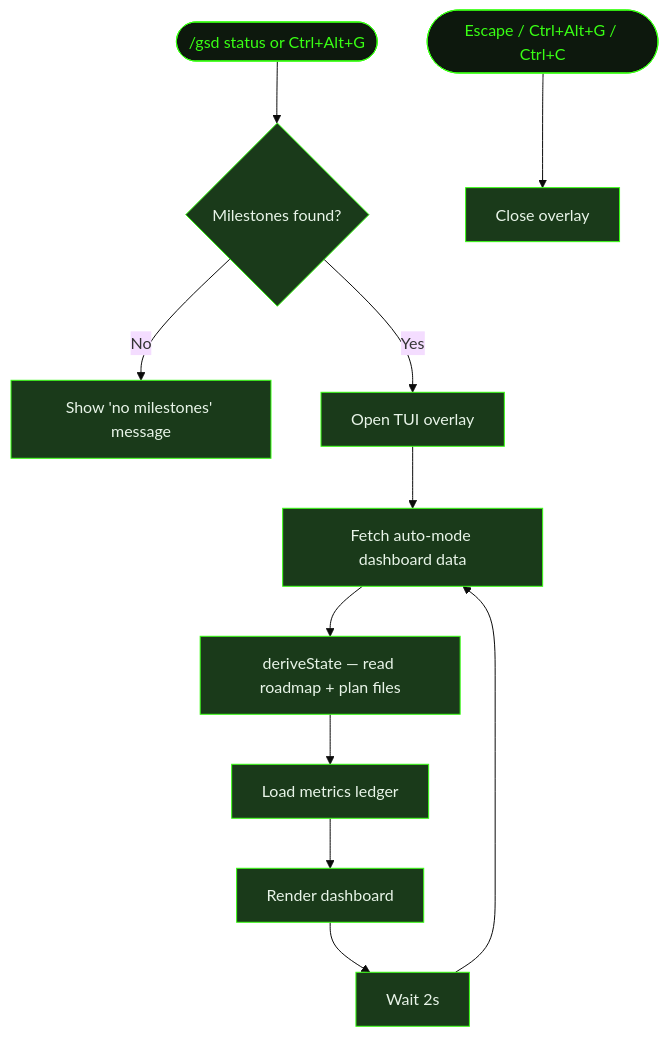
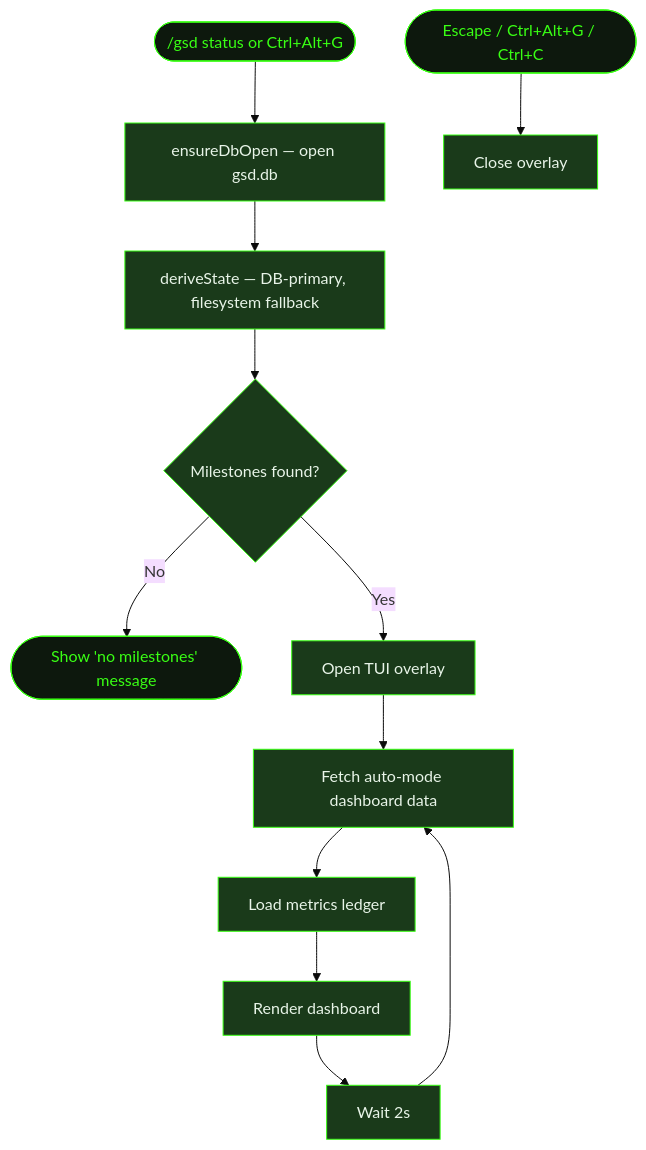
Before and after one commit to shusha-group/gsd2-guide: the diagram in src/content/docs/commands/status.mdx, drawn with Mermaid (base theme). The commit also changed other lines of this file and 202 other files, not shown here.

````diff
--- a/src/content/docs/commands/status.mdx
+++ b/src/content/docs/commands/status.mdx
@@ -26,26 +26,28 @@
 ```mermaid
 flowchart TD
-    Start(["/gsd status or Ctrl+Alt+G"]) --> CheckMilestones{Milestones found?}
-    CheckMilestones -- No --> Notify[Show 'no milestones' message]
+    Start(["/gsd status or Ctrl+Alt+G"]) --> EnsureDb[ensureDbOpen — open gsd.db]
+    EnsureDb --> DeriveState[deriveState — DB-primary, filesystem fallback]
+    DeriveState --> CheckMilestones{Milestones found?}
+    CheckMilestones -- No --> Notify([Show 'no milestones' message])
     CheckMilestones -- Yes --> OpenOverlay[Open TUI overlay]
     OpenOverlay --> FetchLive[Fetch auto-mode dashboard data]
-    FetchLive --> DeriveState[deriveState — read roadmap + plan files]
-    DeriveState --> LoadMetrics[Load metrics ledger]
+    FetchLive --> LoadMetrics[Load metrics ledger]
     LoadMetrics --> Render[Render dashboard]
     Render --> Wait[Wait 2s]
     Wait --> FetchLive
 
     Dismiss([Escape / Ctrl+Alt+G / Ctrl+C]) --> Close[Close overlay]
 
     style Start fill:#0d180d,stroke:#39ff14,color:#39ff14
+    style Notify fill:#0d180d,stroke:#39ff14,color:#39ff14
     style Dismiss fill:#0d180d,stroke:#39ff14,color:#39ff14
+    style EnsureDb fill:#1a3a1a,stroke:#39ff14,color:#e8f4e8
+    style DeriveState fill:#1a3a1a,stroke:#39ff14,color:#e8f4e8
     style CheckMilestones fill:#1a3a1a,stroke:#39ff14,color:#e8f4e8
-    style Notify fill:#1a3a1a,stroke:#39ff14,color:#e8f4e8
     style OpenOverlay fill:#1a3a1a,stroke:#39ff14,color:#e8f4e8
     style FetchLive fill:#1a3a1a,stroke:#39ff14,color:#e8f4e8
-    style DeriveState fill:#1a3a1a,stroke:#39ff14,color:#e8f4e8
     style LoadMetrics fill:#1a3a1a,stroke:#39ff14,color:#e8f4e8
     style Render fill:#1a3a1a,stroke:#39ff14,color:#e8f4e8
     style Wait fill:#1a3a1a,stroke:#39ff14,color:#e8f4e8
     style Close fill:#1a3a1a,stroke:#39ff14,color:#e8f4e8
 ```
````
